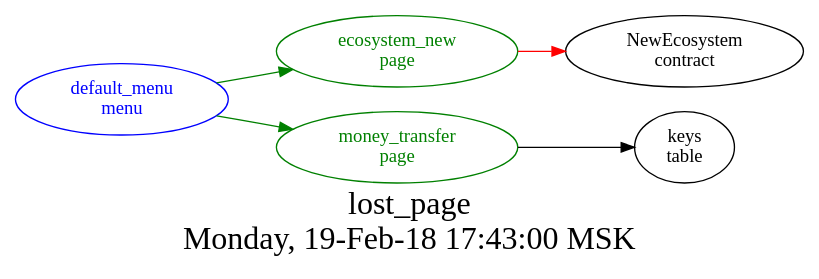
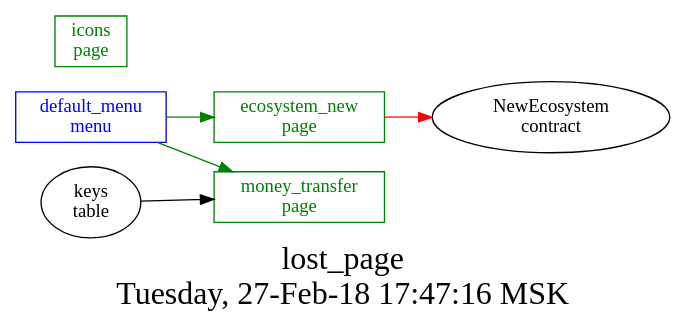
Before and after one commit to AplaProject/apps: the diagram in src/lost_pages/struct.dot, drawn with Graphviz. The commit also changed 2 other files, not shown here.

```diff
--- a/src/lost_pages/struct.dot
+++ b/src/lost_pages/struct.dot
@@ -1,12 +1,18 @@
 digraph G {
-fontsize="24.0";
-label="lost_page\nMonday, 19-Feb-18 17:43:00 MSK";
-rankdir=LR;
+graph [
+  fontsize="24";
+  label="lost_page\nTuesday, 27-Feb-18 17:47:16 MSK";
+  nojustify=true;
+  ordering=out;
+  rankdir=LR;
+  size="30";
+];
 "default_menu\nmenu" -> "ecosystem_new\npage"  [ color=green ]
 "default_menu\nmenu" -> "money_transfer\npage"  [ color=green ]
-"default_menu\nmenu" [color=blue, fontcolor=blue, group=default];
+"default_menu\nmenu" [color=blue, fontcolor=blue, group=menus, shape=record];
 "ecosystem_new\npage" -> "NewEcosystem\ncontract"  [ color=red ]
-"ecosystem_new\npage" [color=green, fontcolor=green, group=ecosystem];
-"money_transfer\npage" -> "keys\ntable"  [ color="" ]
-"money_transfer\npage" [color=green, fontcolor=green, group=money];
+"ecosystem_new\npage" [color=green, fontcolor=green, group=pages, shape=record];
+"icons\npage" [color=green, fontcolor=green, group=pages, shape=record];
+"keys\ntable" -> "money_transfer\npage"  [ color="" ]
+"money_transfer\npage" [color=green, fontcolor=green, group=pages, shape=record];
 }
```
